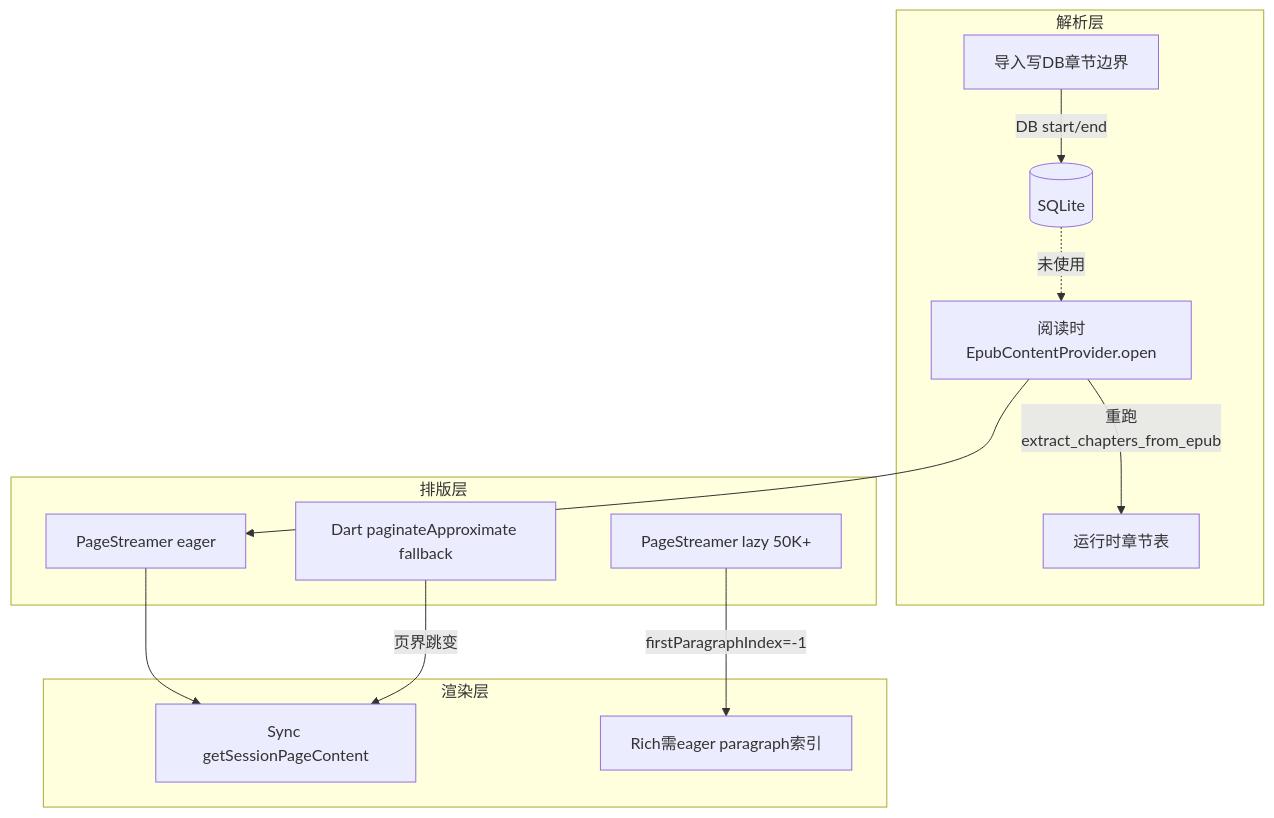
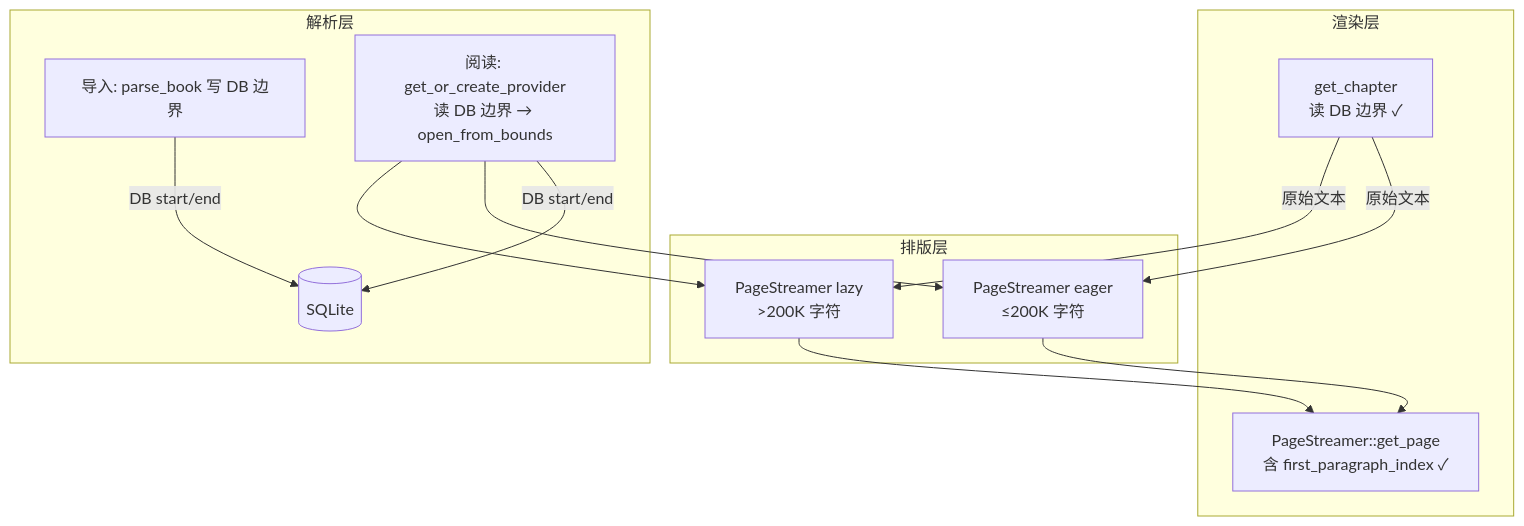
Before and after one commit to zephyr-qu/zephyr_reader: the diagram in doc/plang.md, drawn with Mermaid. The commit also changed other lines of this file and 38 other files, not shown here.

````diff
--- a/doc/plang.md
+++ b/doc/plang.md
@@ -58,26 +68,26 @@
 ```mermaid
 flowchart TB
     subgraph parse [解析层]
-        A1[导入写DB章节边界]
-        A2[阅读时EpubContentProvider.open]
+        A1[导入: parse_book 写 DB 边界]
+        A2[阅读: get_or_create_provider<br/>读 DB 边界 → open_from_bounds]
         A1 -->|"DB start/end"| DB[(SQLite)]
-        A2 -->|"重跑extract_chapters_from_epub"| Runtime[运行时章节表]
-        DB -.->|"未使用"| A2
+        A2 -->|"DB start/end"| DB
     end
 
     subgraph typeset [排版层]
-        B1[PageStreamer eager]
-        B2[PageStreamer lazy 50K+]
-        B3[Dart paginateApproximate fallback]
+        B1[PageStreamer eager<br/>≤200K 字符]
+        B2[PageStreamer lazy<br/>>200K 字符]
     end
 
     subgraph render [渲染层]
-        C1[Sync getSessionPageContent]
-        C2[Rich需eager paragraph索引]
+        C1[get_chapter<br/>读 DB 边界 ✓]
+        C2[PageStreamer::get_page<br/>含 first_paragraph_index ✓]
     end
 
     A2 --> B1
-    B1 --> C1
-    B2 -->|"firstParagraphIndex=-1"| C2
-    B3 -->|"页界跳变"| C1
+    A2 --> B2
+    B1 --> C2
+    B2 --> C2
+    C1 -->|"原始文本"| B1
+    C1 -->|"原始文本"| B2
 ```
````
